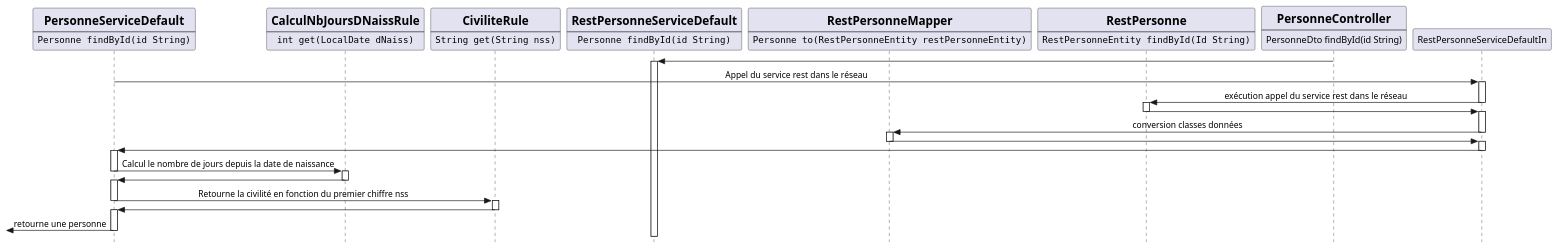
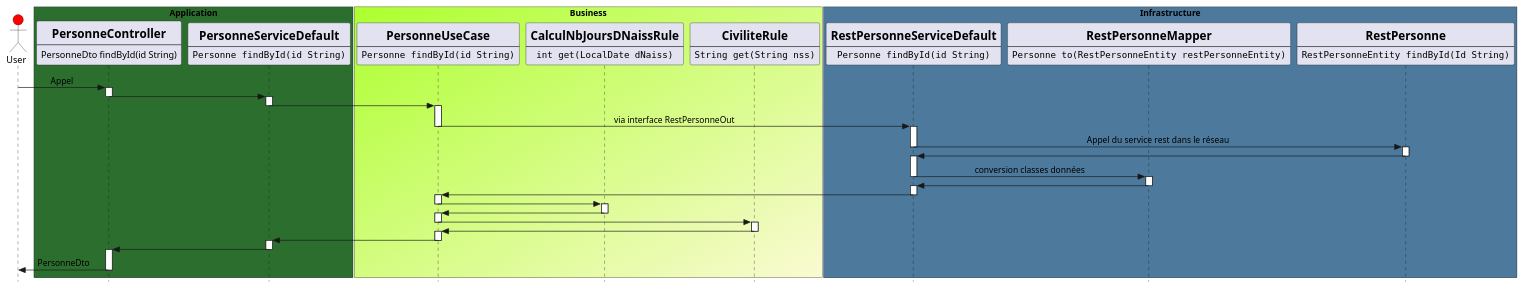
The diagram in images/application/dia_seq_application_ex.puml (stef38-code/structureProjet), drawn with PlantUML before and after one commit. The commit also changed 10 other files, not shown here.

```diff
--- a/images/application/dia_seq_application_ex.puml
+++ b/images/application/dia_seq_application_ex.puml
@@ -1,65 +1,87 @@
 @startuml
 
 skinparam style strictuml
 skinparam sequenceMessageAlign center
 
+actor User #red
 
+box "Application" #2C6E2E
+participant PersonneController[
+    =PersonneController
+    ----
+    PersonneDto findById(id String)
+]
 participant PersonneServiceDefault [
     =PersonneServiceDefault
+    ----
+    ""Personne findById(id String)""
+]
+end box
+
+
+box "Business" #GreenYellow/LightGoldenRodYellow
+participant PersonneUseCase [
+    =PersonneUseCase
     ----
     ""Personne findById(id String)""
 ]
 participant CalculNbJoursDNaissRule  [
     =CalculNbJoursDNaissRule
     ----
     ""int get(LocalDate dNaiss)""
 ]
 participant CiviliteRule [
     =CiviliteRule
     ----
     ""String get(String nss)""
 ]
-
-participant RestPersonneServiceDefault #99FF99 [
+end box
+box "Infrastructure" #4C799C
+participant RestPersonneServiceDefault  [
     =RestPersonneServiceDefault
     ----
     ""Personne findById(id String)""
 ]
 participant RestPersonneMapperModel [
     =RestPersonneMapper
     ----
     ""Personne to(RestPersonneEntity restPersonneEntity)""
 ]
 participant RestPersonne [
     =RestPersonne
     ----
     ""RestPersonneEntity findById(Id String)""
 ]
-
-participant PersonneController[
-    =PersonneController
-    ----
-    PersonneDto findById(id String)
-]
+end box
 
 
 
-PersonneController -> RestPersonneServiceDefault --++
 
-PersonneServiceDefault -> RestPersonneServiceDefaultIn --++: Appel du service rest dans le réseau
+User -> PersonneController --++ : Appel
+PersonneController -> PersonneServiceDefault --++:
+PersonneServiceDefault -> PersonneUseCase --++:
 
-RestPersonneServiceDefaultIn -> RestPersonne --++: exécution appel du service rest dans le réseau
-RestPersonne -> RestPersonneServiceDefaultIn --++:
-RestPersonneServiceDefaultIn -> RestPersonneMapperModel --++: conversion classes données
-RestPersonneMapperModel -> RestPersonneServiceDefaultIn --++
-RestPersonneServiceDefaultIn -> PersonneServiceDefault --++:
+PersonneUseCase -> RestPersonneServiceDefault --++: via interface RestPersonneOut
 
-PersonneServiceDefault -> CalculNbJoursDNaissRule --++: Calcul le nombre de jours depuis la date de naissance
-CalculNbJoursDNaissRule -> PersonneServiceDefault --++
-PersonneServiceDefault -> CiviliteRule --++: Retourne la civilité en fonction du premier chiffre nss
-CiviliteRule -> PersonneServiceDefault --++
-[<- PersonneServiceDefault -- : retourne une personne
+RestPersonneServiceDefault -> RestPersonne --++: Appel du service rest dans le réseau
+RestPersonne -> RestPersonneServiceDefault --++:
+RestPersonneServiceDefault -> RestPersonneMapperModel --++: conversion classes données
+RestPersonneMapperModel -> RestPersonneServiceDefault --++
+
+RestPersonneServiceDefault -> PersonneUseCase --++:
+
+PersonneUseCase -> CalculNbJoursDNaissRule --++:
+CalculNbJoursDNaissRule -> PersonneUseCase --++:
+
+PersonneUseCase -> CiviliteRule --++:
+CiviliteRule -> PersonneUseCase --++:
+
+PersonneUseCase -> PersonneServiceDefault --++:
+PersonneServiceDefault -> PersonneController --++:
+User <- PersonneController -- : PersonneDto
+
+
 
 
 
 @enduml
```
